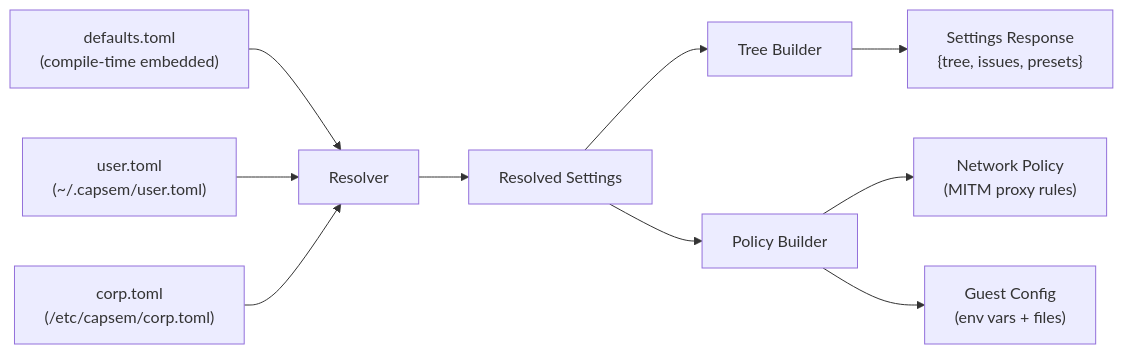
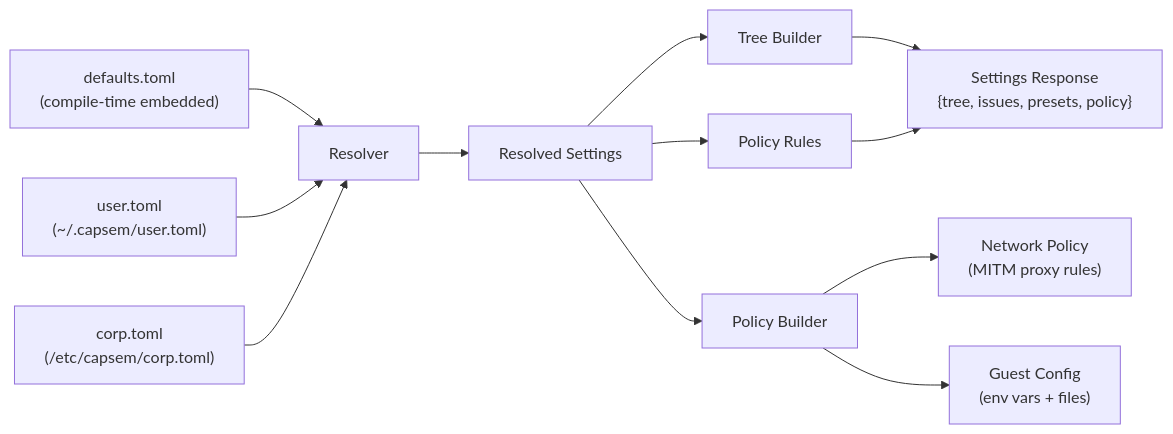
One commit to google/capsem changed the first of 7 diagrams in docs/src/content/docs/architecture/settings.md. Above: the diagram before and after it, drawn with Mermaid. The commit also changed other lines of this file and 552 other files, not shown here.

````diff
--- a/docs/src/content/docs/architecture/settings.md
+++ b/docs/src/content/docs/architecture/settings.md
@@ -12,12 +12,14 @@
 ```mermaid
 flowchart LR
   DT["defaults.toml\n(compile-time embedded)"] --> R[Resolver]
   UT["user.toml\n(~/.capsem/user.toml)"] --> R
   CT["corp.toml\n(/etc/capsem/corp.toml)"] --> R
   R --> RS["Resolved Settings"]
   RS --> TB[Tree Builder]
+  RS --> P2["Policy Rules"]
   RS --> PB[Policy Builder]
-  TB --> SR["Settings Response\n{tree, issues, presets}"]
+  TB --> SR["Settings Response\n{tree, issues, presets, policy}"]
+  P2 --> SR
   PB --> NP["Network Policy\n(MITM proxy rules)"]
   PB --> GC["Guest Config\n(env vars + files)"]
 ```
````
